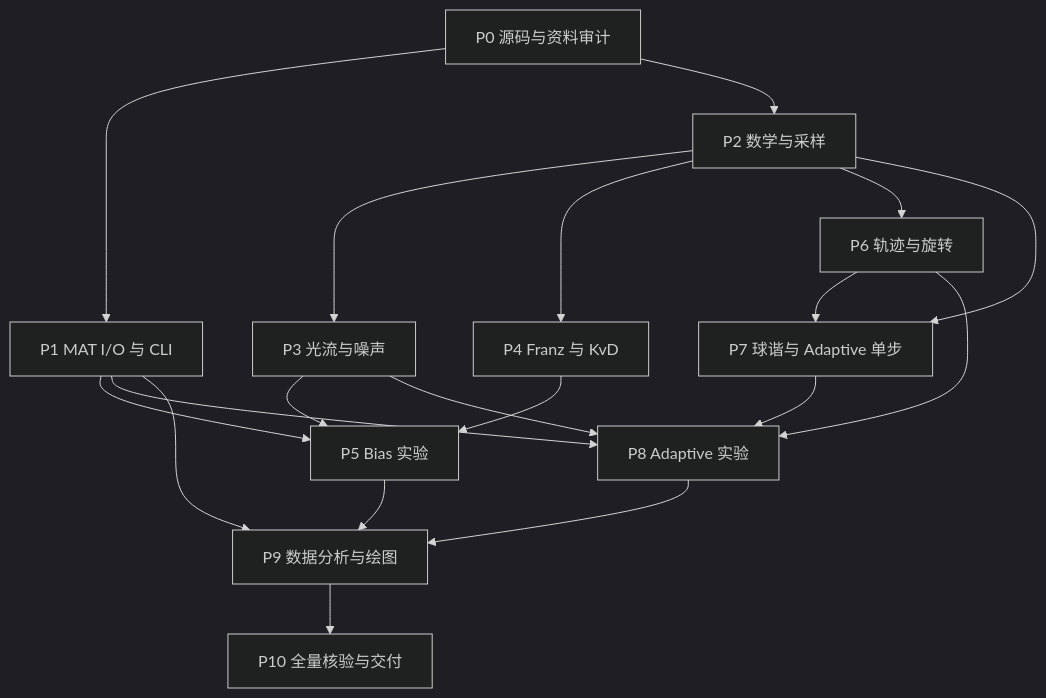
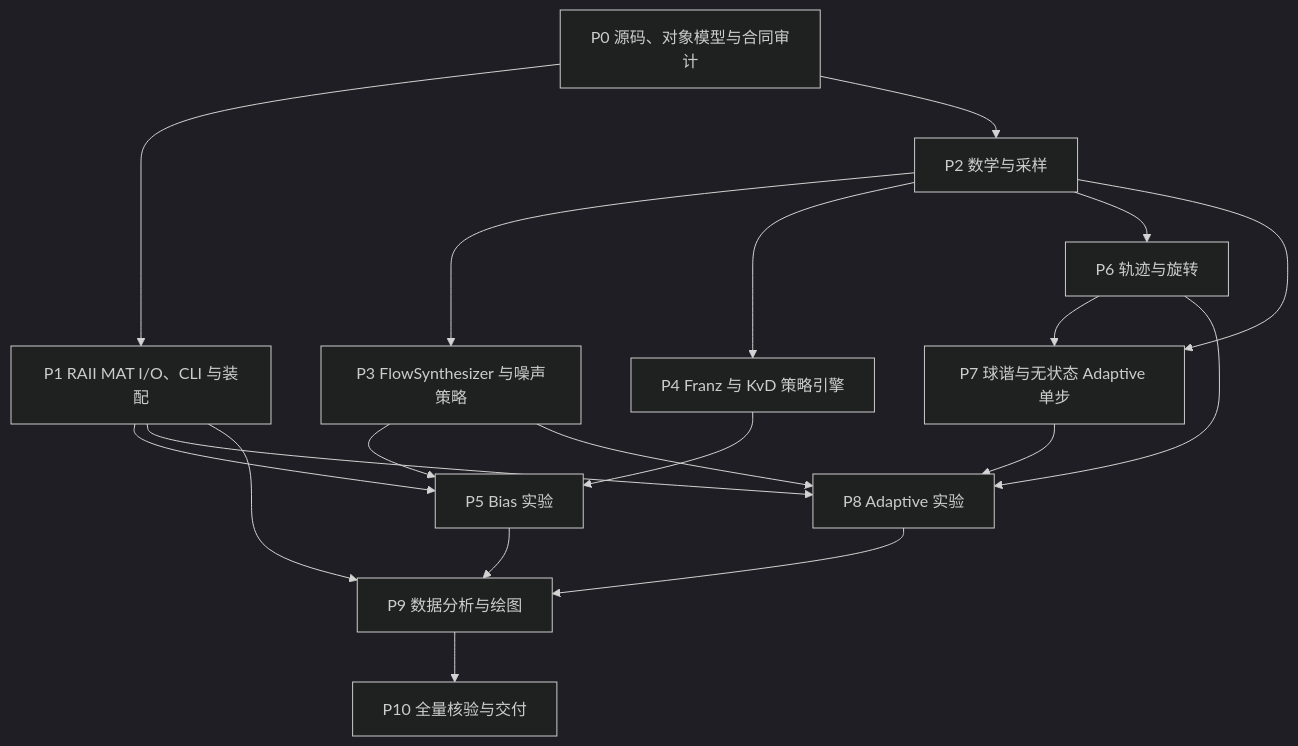
The diagram in PLAN.md (ncut-d1z/Egomotion-Estimation-with-Dense-Flow-Fields), drawn with Mermaid (dark theme) before and after one commit. The commit also changed other lines of this file, not shown here.

```diff
--- a/PLAN.md
+++ b/PLAN.md
@@ -341,21 +474,21 @@
 ~~~mermaid
 flowchart TD
-  P0[P0 源码与资料审计] --> P1[P1 MAT I/O 与 CLI]
+  P0[P0 源码、对象模型与合同审计] --> P1[P1 RAII MAT I/O、CLI 与装配]
   P0 --> P2[P2 数学与采样]
   P1 --> P5[P5 Bias 实验]
-  P2 --> P3[P3 光流与噪声]
-  P2 --> P4[P4 Franz 与 KvD]
+  P2 --> P3[P3 FlowSynthesizer 与噪声策略]
+  P2 --> P4[P4 Franz 与 KvD 策略引擎]
   P3 --> P5
   P4 --> P5
   P2 --> P6[P6 轨迹与旋转]
-  P2 --> P7[P7 球谐与 Adaptive 单步]
+  P2 --> P7[P7 球谐与无状态 Adaptive 单步]
   P6 --> P7
   P3 --> P8[P8 Adaptive 实验]
   P6 --> P8
   P7 --> P8
   P1 --> P8
   P5 --> P9[P9 数据分析与绘图]
   P8 --> P9
   P1 --> P9
   P9 --> P10[P10 全量核验与交付]
 ~~~
```
